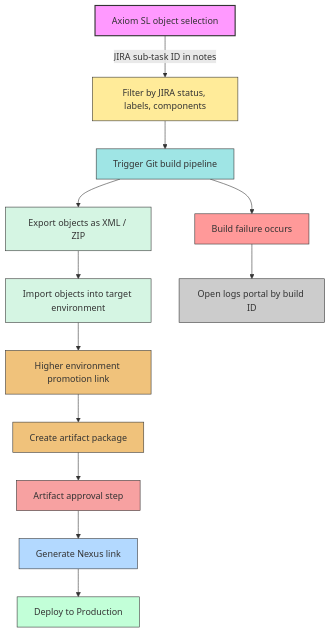
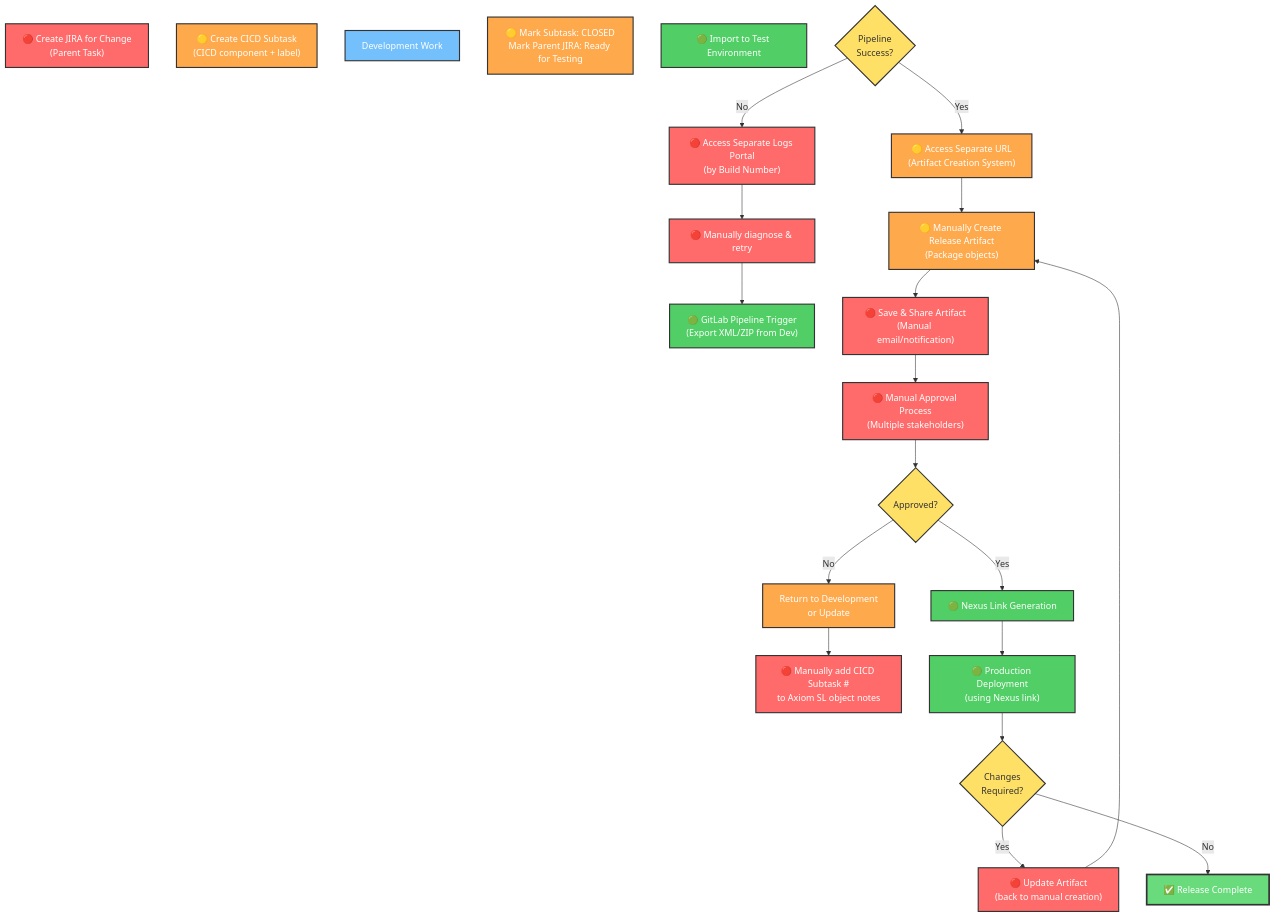
One commit to shagunarora25/test changed the diagram in axiom-sl-cicd-flow.md. Above: the diagram before and after it, drawn with Mermaid. The commit also changed other lines of this file, not shown here.

Commit message:
Update Axiom SL CI/CD Flow Diagram to reflect end-to-end release automation process and highlight systemic challenges

````diff
--- a/axiom-sl-cicd-flow.md
+++ b/axiom-sl-cicd-flow.md
@@ -5,30 +5,49 @@
 ```mermaid
 flowchart TD
-    A[Axiom SL object selection]
-    A -->|JIRA sub-task ID in notes| B[Filter by JIRA status, labels, components]
-    B --> C[Trigger Git build pipeline]
-    C --> D[Export objects as XML / ZIP]
-    D --> E[Import objects into target environment]
-    E --> F[Higher environment promotion link]
-    F --> G[Create artifact package]
-    G --> H[Artifact approval step]
-    H --> I[Generate Nexus link]
-    I --> J[Deploy to Production]
-    C --> K[Build failure occurs]
-    K --> L[Open logs portal by build ID]
+    A["🔴 Create JIRA for Change<br/>(Parent Task)"]
+    B["🟡 Create CICD Subtask<br/>(CICD component + label)"]
+    C["Development Work"]
+    D["🟡 Mark Subtask: CLOSED<br/>Mark Parent JIRA: Ready for Testing"]
+    E["🔴 Manually add CICD Subtask #<br/>to Axiom SL object notes"]
+    F["🟢 GitLab Pipeline Trigger<br/>(Export XML/ZIP from Dev)"]
+    G["🟢 Import to Test Environment"]
+    H{"Pipeline<br/>Success?"}
+    H -->|No| I["🔴 Access Separate Logs Portal<br/>(by Build Number)"]
+    I --> J["🔴 Manually diagnose & retry"]
+    J --> F
+    H -->|Yes| K["🟡 Access Separate URL<br/>(Artifact Creation System)"]
+    K --> L["🟡 Manually Create Release Artifact<br/>(Package objects)"]
+    L --> M["🔴 Save & Share Artifact<br/>(Manual email/notification)"]
+    M --> N["🔴 Manual Approval Process<br/>(Multiple stakeholders)"]
+    N --> O{"Approved?"}
+    O -->|No| P["Return to Development<br/>or Update"]
+    P --> E
+    O -->|Yes| Q["🟢 Nexus Link Generation"]
+    Q --> R["🟢 Production Deployment<br/>(using Nexus link)"]
+    R --> S{"Changes<br/>Required?"}
+    S -->|Yes| T["🔴 Update Artifact<br/>(back to manual creation)"]
+    T --> L
+    S -->|No| U["✅ Release Complete"]
 
-    style A fill:#f9f,stroke:#333,stroke-width:2px
-    style B fill:#ffeb99,stroke:#333,stroke-width:1px
-    style C fill:#9fe5e5,stroke:#333,stroke-width:1px
-    style D fill:#d5f5e3,stroke:#333,stroke-width:1px
-    style E fill:#d5f5e3,stroke:#333,stroke-width:1px
-    style F fill:#f0c27b,stroke:#333,stroke-width:1px
-    style G fill:#f0c27b,stroke:#333,stroke-width:1px
-    style H fill:#f7a1a1,stroke:#333,stroke-width:1px
-    style I fill:#b3d9ff,stroke:#333,stroke-width:1px
-    style J fill:#c2ffd8,stroke:#333,stroke-width:1px
-    style K fill:#ff9999,stroke:#333,stroke-width:1px
-    style L fill:#cccccc,stroke:#333,stroke-width:1px
-
-    classDef process fill:#ffffff,stroke:#333,stroke-width:1px;
+    style A fill:#ff6b6b,stroke:#333,stroke-width:2px,color:#fff
+    style B fill:#ffa94d,stroke:#333,stroke-width:2px,color:#fff
+    style C fill:#74c0fc,stroke:#333,stroke-width:2px,color:#fff
+    style D fill:#ffa94d,stroke:#333,stroke-width:2px,color:#fff
+    style E fill:#ff6b6b,stroke:#333,stroke-width:2px,color:#fff
+    style F fill:#51cf66,stroke:#333,stroke-width:2px,color:#fff
+    style G fill:#51cf66,stroke:#333,stroke-width:2px,color:#fff
+    style H fill:#ffe066,stroke:#333,stroke-width:2px
+    style I fill:#ff6b6b,stroke:#333,stroke-width:2px,color:#fff
+    style J fill:#ff6b6b,stroke:#333,stroke-width:2px,color:#fff
+    style K fill:#ffa94d,stroke:#333,stroke-width:2px,color:#fff
+    style L fill:#ffa94d,stroke:#333,stroke-width:2px,color:#fff
+    style M fill:#ff6b6b,stroke:#333,stroke-width:2px,color:#fff
+    style N fill:#ff6b6b,stroke:#333,stroke-width:2px,color:#fff
+    style O fill:#ffe066,stroke:#333,stroke-width:2px
+    style P fill:#ffa94d,stroke:#333,stroke-width:2px,color:#fff
+    style Q fill:#51cf66,stroke:#333,stroke-width:2px,color:#fff
+    style R fill:#51cf66,stroke:#333,stroke-width:2px,color:#fff
+    style S fill:#ffe066,stroke:#333,stroke-width:2px
+    style T fill:#ff6b6b,stroke:#333,stroke-width:2px,color:#fff
+    style U fill:#69db7c,stroke:#333,stroke-width:3px,color:#fff
 ```
````
